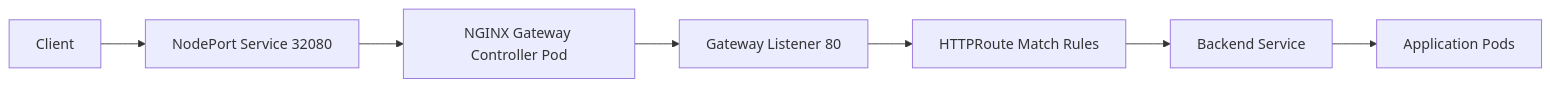
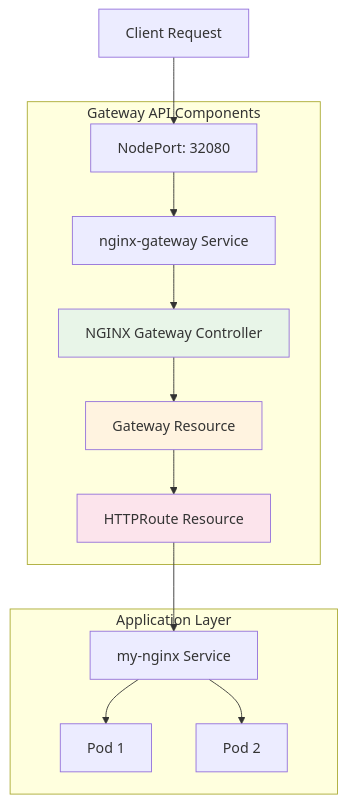
One commit to bharat-bhushan05/k8s-nginx-to-gateway-api-migration changed the second of 10 diagrams in README.md. Above: the diagram before and after it, drawn with Mermaid. The commit also changed other lines of this file, not shown here.

````diff
--- a/README.md
+++ b/README.md
@@ -47,9 +65,21 @@
 ```mermaid
-flowchart LR
-    Client --> GatewayNodePort[NodePort Service 32080]
-    GatewayNodePort --> NGWC[NGINX Gateway Controller Pod]
-    NGWC --> Gateway[Gateway Listener 80]
-    Gateway --> HTTPRoute[HTTPRoute Match Rules]
-    HTTPRoute --> Service[Backend Service]
-    Service --> Pods[Application Pods]
+graph TB
+    Client[Client Request] --> NodePort[NodePort: 32080]
+    
+    subgraph "Gateway API Components"
+        NodePort --> GatewaySvc[nginx-gateway Service]
+        GatewaySvc --> GatewayController[NGINX Gateway Controller]
+        GatewayController --> Gateway[Gateway Resource]
+        Gateway --> HTTPRoute[HTTPRoute Resource]
+    end
+    
+    subgraph "Application Layer"
+        HTTPRoute --> AppService[my-nginx Service]
+        AppService --> AppPod1[Pod 1]
+        AppService --> AppPod2[Pod 2]
+    end
+    
+    style GatewayController fill:#e8f5e8
+    style Gateway fill:#fff3e0
+    style HTTPRoute fill:#fce4ec
 ```
````
